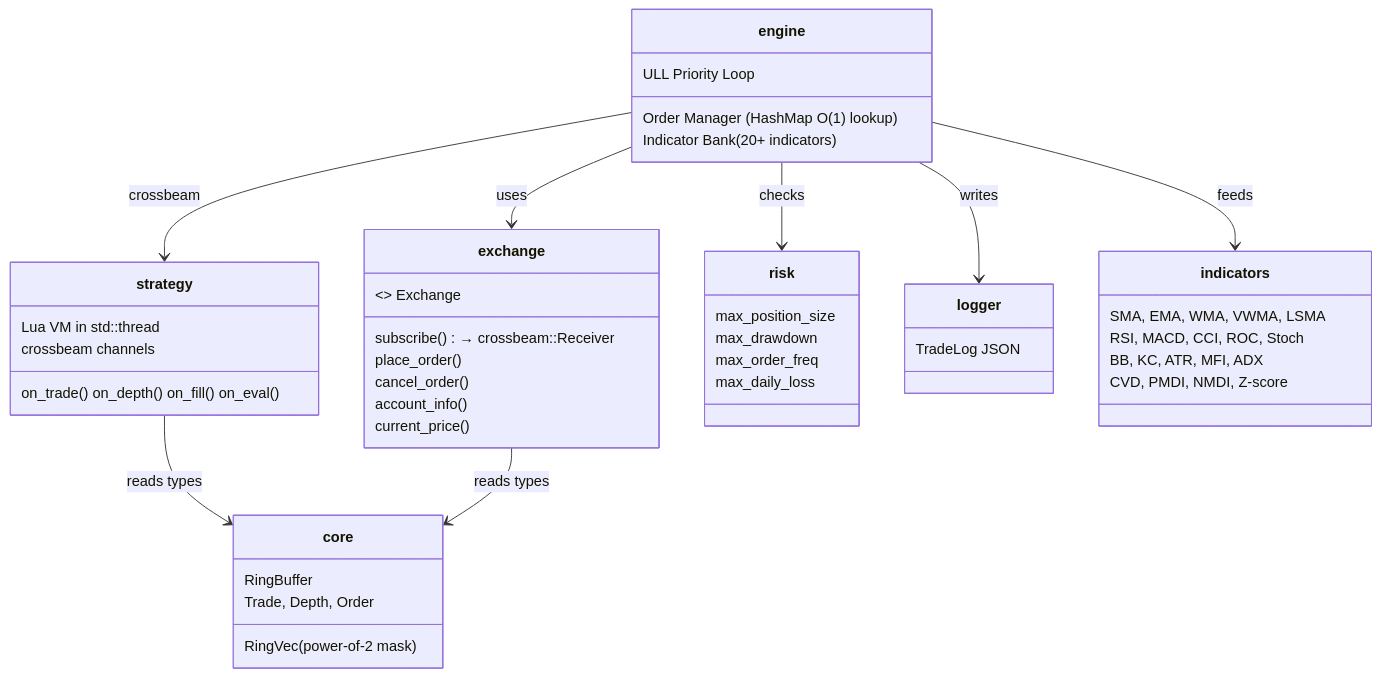
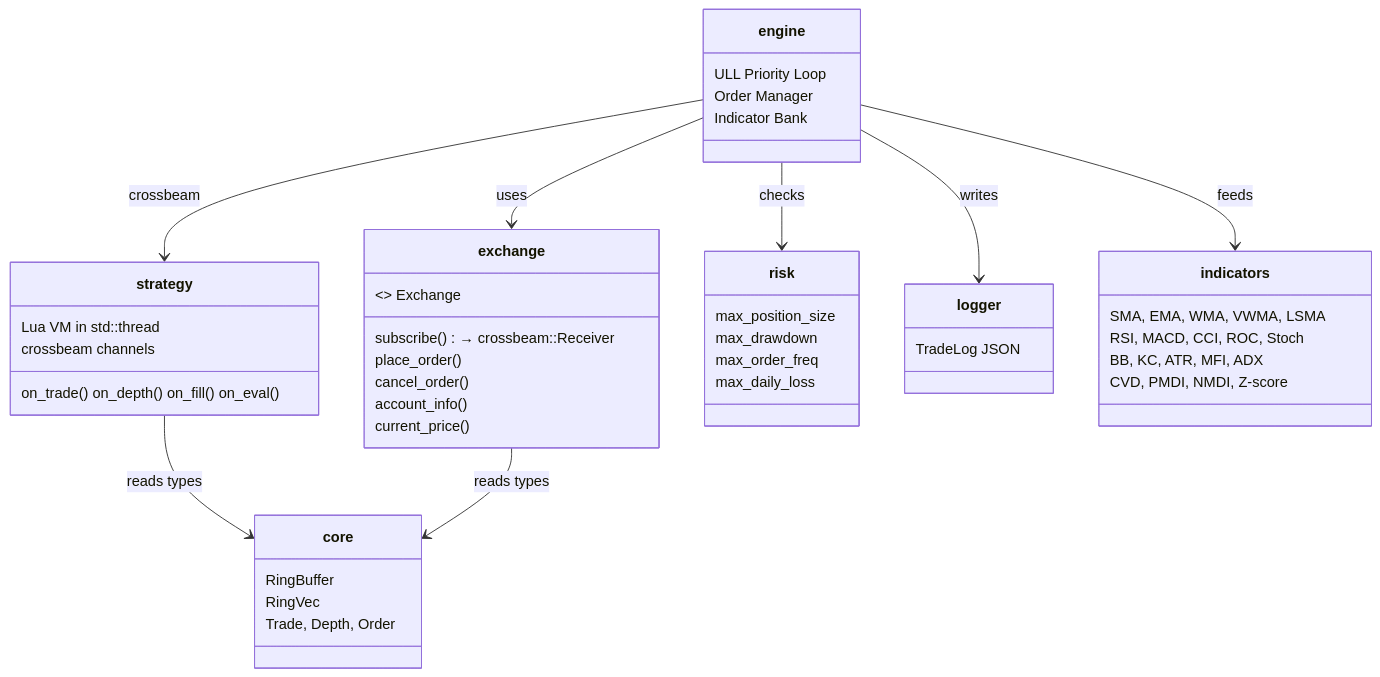
Before and after one commit to 0xitsss/quince: the third of 3 diagrams in README.md, drawn with Mermaid. The commit also changed other lines of this file, not shown here.

Commit message:
Fix WIP badge and Mermaid syntax in README

````diff
--- a/README.md
+++ b/README.md
@@ -98,49 +99,49 @@
 ```mermaid
 classDiagram
     class core {
-        RingBuffer<T,N>
-        RingVec (power-of-2 mask)
+        RingBuffer
+        RingVec
         Trade, Depth, Order
     }
     class exchange {
         <<interface>> Exchange
         subscribe() → crossbeam::Receiver
         place_order()
         cancel_order()
         account_info()
         current_price()
     }
     class strategy {
         Lua VM in std::thread
         crossbeam channels
         on_trade() on_depth() on_fill() on_eval()
     }
     class engine {
         ULL Priority Loop
-        Order Manager (HashMap O(1) lookup)
-        Indicator Bank (20+ indicators)
+        Order Manager
+        Indicator Bank
     }
     class risk {
         max_position_size
         max_drawdown
         max_order_freq
         max_daily_loss
     }
     class logger {
         TradeLog JSON
     }
     class indicators {
         SMA, EMA, WMA, VWMA, LSMA
         RSI, MACD, CCI, ROC, Stoch
         BB, KC, ATR, MFI, ADX
         CVD, PMDI, NMDI, Z-score
     }
 
     engine --> exchange : uses
     engine --> strategy : crossbeam
     engine --> risk : checks
     engine --> logger : writes
     engine --> indicators : feeds
     strategy --> core : reads types
     exchange --> core : reads types
 ```
````
